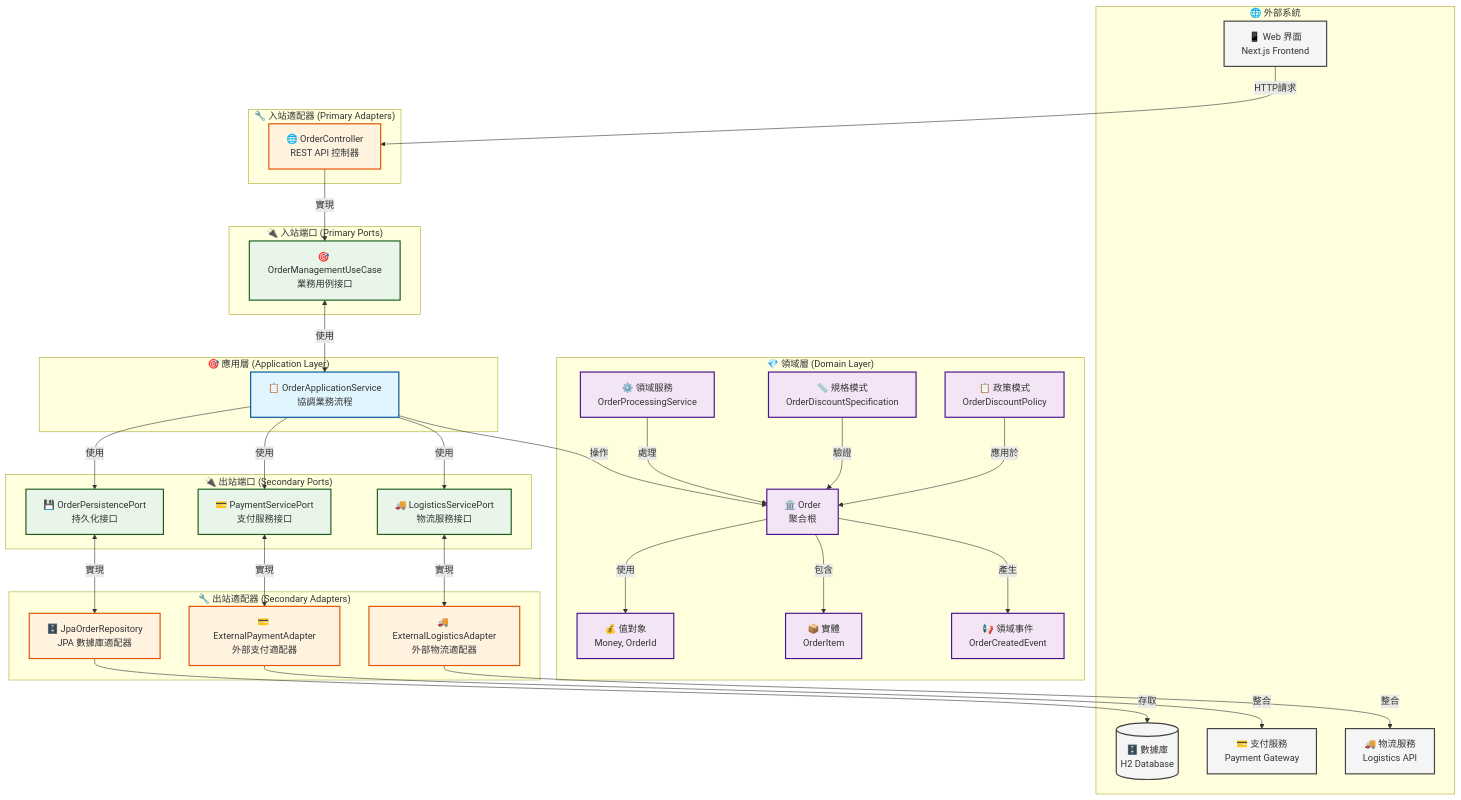
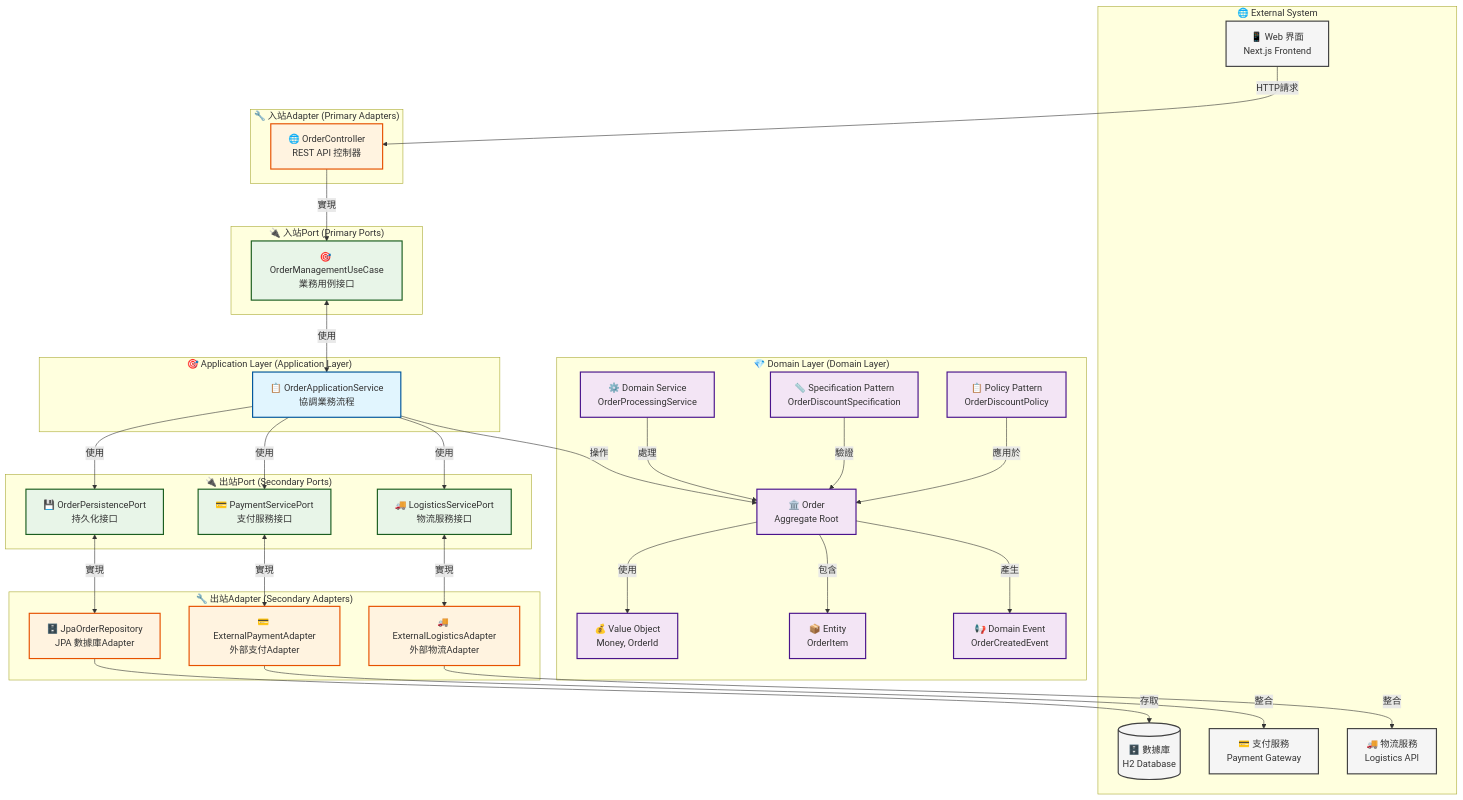
Before and after one commit to humank/genai-demo: the first of 5 diagrams in docs/en/architecture/overview.md, drawn with Mermaid. The commit also changed other lines of this file and 583 other files, not shown here.

````diff
--- a/docs/en/architecture/overview.md
+++ b/docs/en/architecture/overview.md
@@ -10,78 +8,78 @@
 ```mermaid
 graph TB
-    subgraph 外部系統 ["🌐 外部系統"]
+    subgraph External System ["🌐 External System"]
         UI[📱 Web 界面<br/>Next.js Frontend]
         DB[(🗄️ 數據庫<br/>H2 Database)]
         PS[💳 支付服務<br/>Payment Gateway]
         LS[🚚 物流服務<br/>Logistics API]
     end
     
-    subgraph 應用層 ["🎯 應用層 (Application Layer)"]
+    subgraph Application Layer ["🎯 Application Layer (Application Layer)"]
         APPS[📋 OrderApplicationService<br/>協調業務流程]
     end
     
-    subgraph 領域層 ["💎 領域層 (Domain Layer)"]
-        AGG[🏛️ Order<br/>聚合根]
-        VO[💰 值對象<br/>Money, OrderId]
-        ENT[📦 實體<br/>OrderItem]
-        DOM_EVT[📢 領域事件<br/>OrderCreatedEvent]
-        DOM_SVC[⚙️ 領域服務<br/>OrderProcessingService]
-        SPEC[📏 規格模式<br/>OrderDiscountSpecification]
-        POLICY[📋 政策模式<br/>OrderDiscountPolicy]
+    subgraph Domain Layer ["💎 Domain Layer (Domain Layer)"]
+        AGG[🏛️ Order<br/>Aggregate Root]
+        VO[💰 Value Object<br/>Money, OrderId]
+        ENT[📦 Entity<br/>OrderItem]
+        DOM_EVT[📢 Domain Event<br/>OrderCreatedEvent]
+        DOM_SVC[⚙️ Domain Service<br/>OrderProcessingService]
+        SPEC[📏 Specification Pattern<br/>OrderDiscountSpecification]
+        POLICY[📋 Policy Pattern<br/>OrderDiscountPolicy]
     end
     
-    subgraph 入站端口 ["🔌 入站端口 (Primary Ports)"]
+    subgraph 入站Port ["🔌 入站Port (Primary Ports)"]
         IP[🎯 OrderManagementUseCase<br/>業務用例接口]
     end
     
-    subgraph 出站端口 ["🔌 出站端口 (Secondary Ports)"]
+    subgraph 出站Port ["🔌 出站Port (Secondary Ports)"]
         OP1[💾 OrderPersistencePort<br/>持久化接口]
         OP2[💳 PaymentServicePort<br/>支付服務接口]
         OP3[🚚 LogisticsServicePort<br/>物流服務接口]
     end
     
-    subgraph 入站適配器 ["🔧 入站適配器 (Primary Adapters)"]
+    subgraph 入站Adapter ["🔧 入站Adapter (Primary Adapters)"]
         IA[🌐 OrderController<br/>REST API 控制器]
     end
     
-    subgraph 出站適配器 ["🔧 出站適配器 (Secondary Adapters)"]
-        OA1[🗄️ JpaOrderRepository<br/>JPA 數據庫適配器]
-        OA2[💳 ExternalPaymentAdapter<br/>外部支付適配器]
-        OA3[🚚 ExternalLogisticsAdapter<br/>外部物流適配器]
+    subgraph 出站Adapter ["🔧 出站Adapter (Secondary Adapters)"]
+        OA1[🗄️ JpaOrderRepository<br/>JPA 數據庫Adapter]
+        OA2[💳 ExternalPaymentAdapter<br/>外部支付Adapter]
+        OA3[🚚 ExternalLogisticsAdapter<br/>外部物流Adapter]
     end
     
     UI -->|HTTP請求| IA
     IA -->|實現| IP
     IP <-->|使用| APPS
     APPS -->|操作| AGG
     AGG -->|包含| ENT
     AGG -->|使用| VO
     AGG -->|產生| DOM_EVT
     DOM_SVC -->|處理| AGG
     SPEC -->|驗證| AGG
     POLICY -->|應用於| AGG
     
     APPS -->|使用| OP1
     APPS -->|使用| OP2
     APPS -->|使用| OP3
     
     OP1 <-->|實現| OA1
     OP2 <-->|實現| OA2
     OP3 <-->|實現| OA3
     
     OA1 -->|存取| DB
     OA2 -->|整合| PS
     OA3 -->|整合| LS
     
     classDef application fill:#e1f5fe,stroke:#01579b,stroke-width:2px
     classDef domain fill:#f3e5f5,stroke:#4a148c,stroke-width:2px
     classDef port fill:#e8f5e8,stroke:#1b5e20,stroke-width:2px
     classDef adapter fill:#fff3e0,stroke:#e65100,stroke-width:2px
     classDef external fill:#f5f5f5,stroke:#424242,stroke-width:2px
     
     class APPS application
     class AGG,VO,ENT,DOM_EVT,DOM_SVC,SPEC,POLICY domain
     class IP,OP1,OP2,OP3 port
     class IA,OA1,OA2,OA3 adapter
     class UI,DB,PS,LS external
 ```
````
